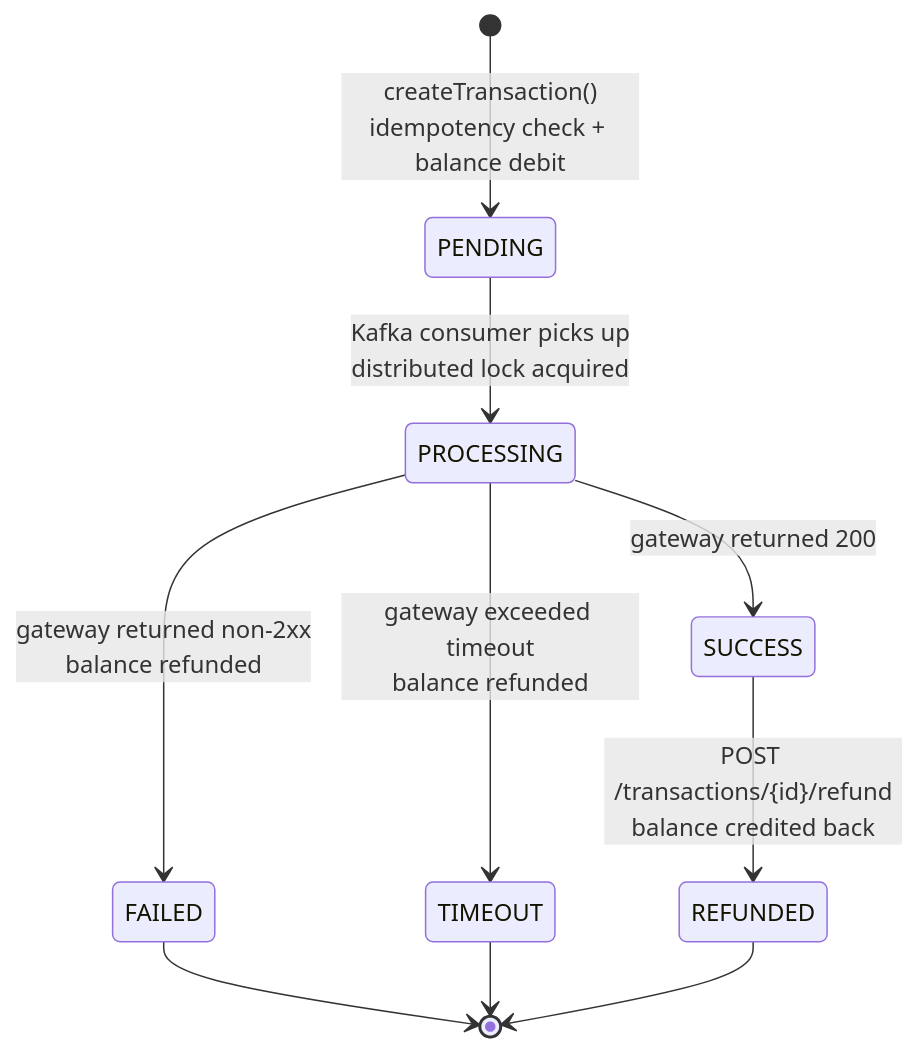
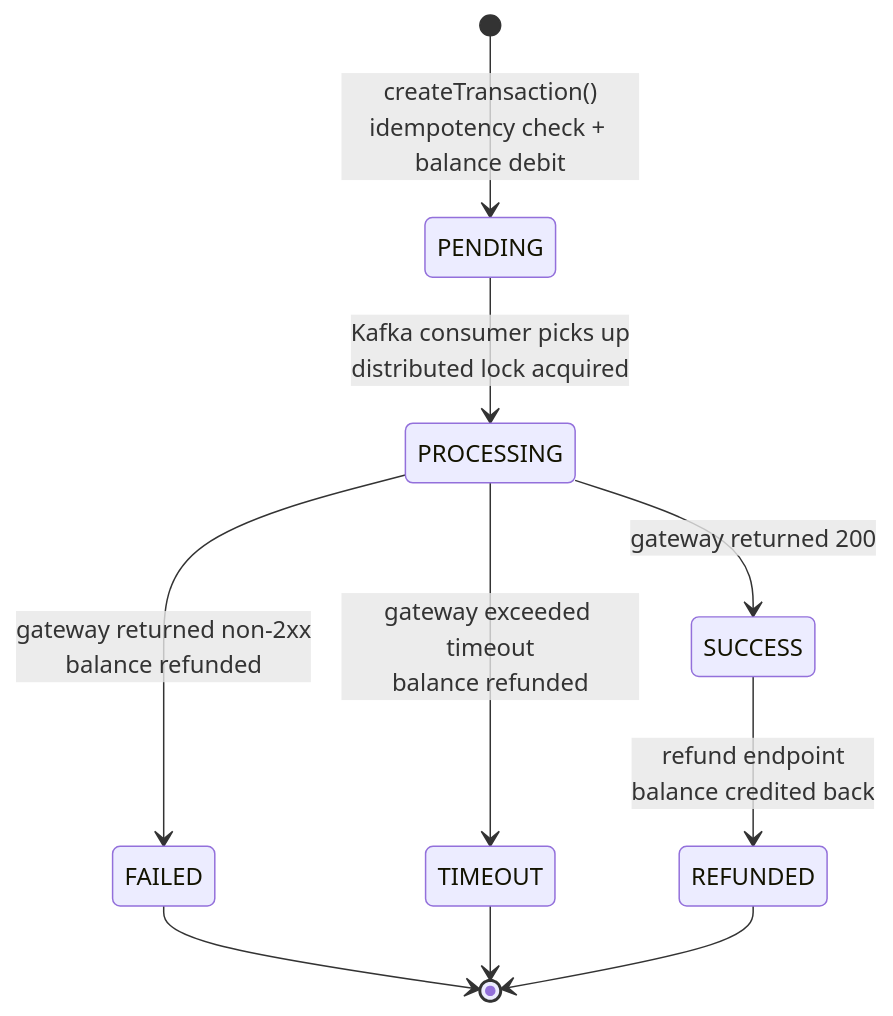
Before and after one commit to cuongnv03/payment-transaction-service: the second of 2 diagrams in README.md, drawn with Mermaid. The commit also changed other lines of this file and 3 other files, not shown here.

````diff
--- a/README.md
+++ b/README.md
@@ -144,12 +200,12 @@
 ```mermaid
 stateDiagram-v2
     [*] --> PENDING: createTransaction()<br/>idempotency check + balance debit
     PENDING --> PROCESSING: Kafka consumer picks up<br/>distributed lock acquired
     PROCESSING --> SUCCESS: gateway returned 200
     PROCESSING --> FAILED: gateway returned non-2xx<br/>balance refunded
     PROCESSING --> TIMEOUT: gateway exceeded timeout<br/>balance refunded
-    SUCCESS --> REFUNDED: POST /transactions/{id}/refund<br/>balance credited back
+    SUCCESS --> REFUNDED: refund endpoint<br/>balance credited back
     FAILED --> [*]
     TIMEOUT --> [*]
     REFUNDED --> [*]
 ```
````
